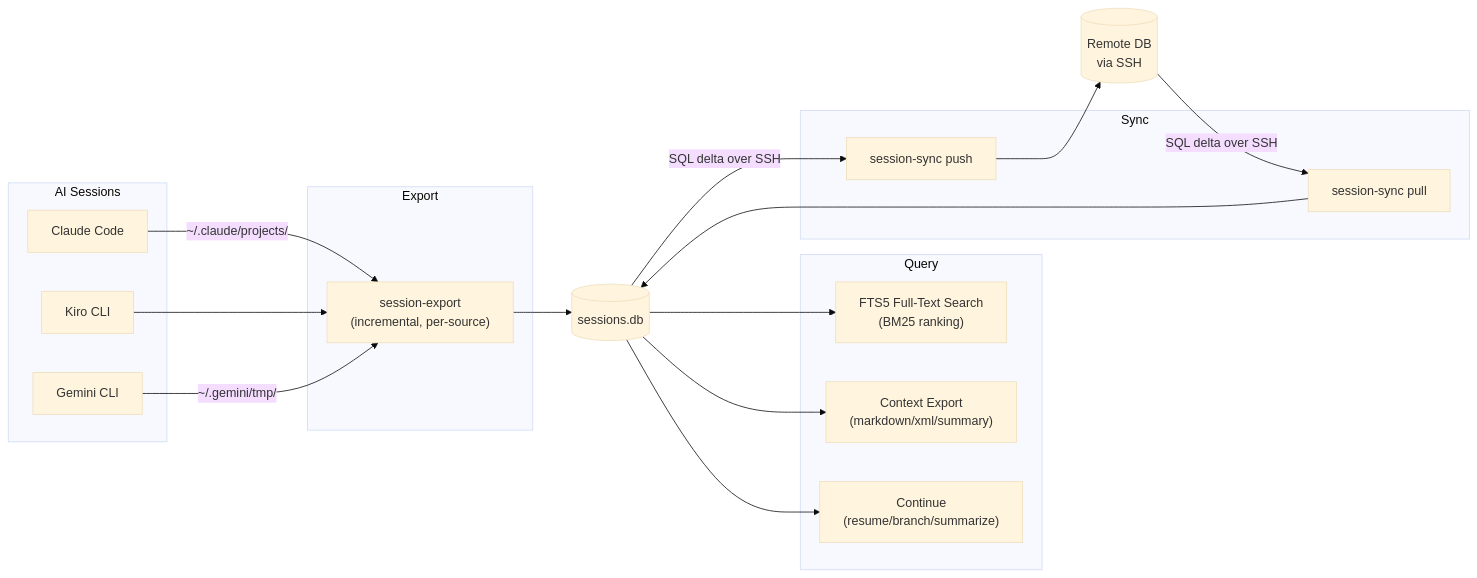
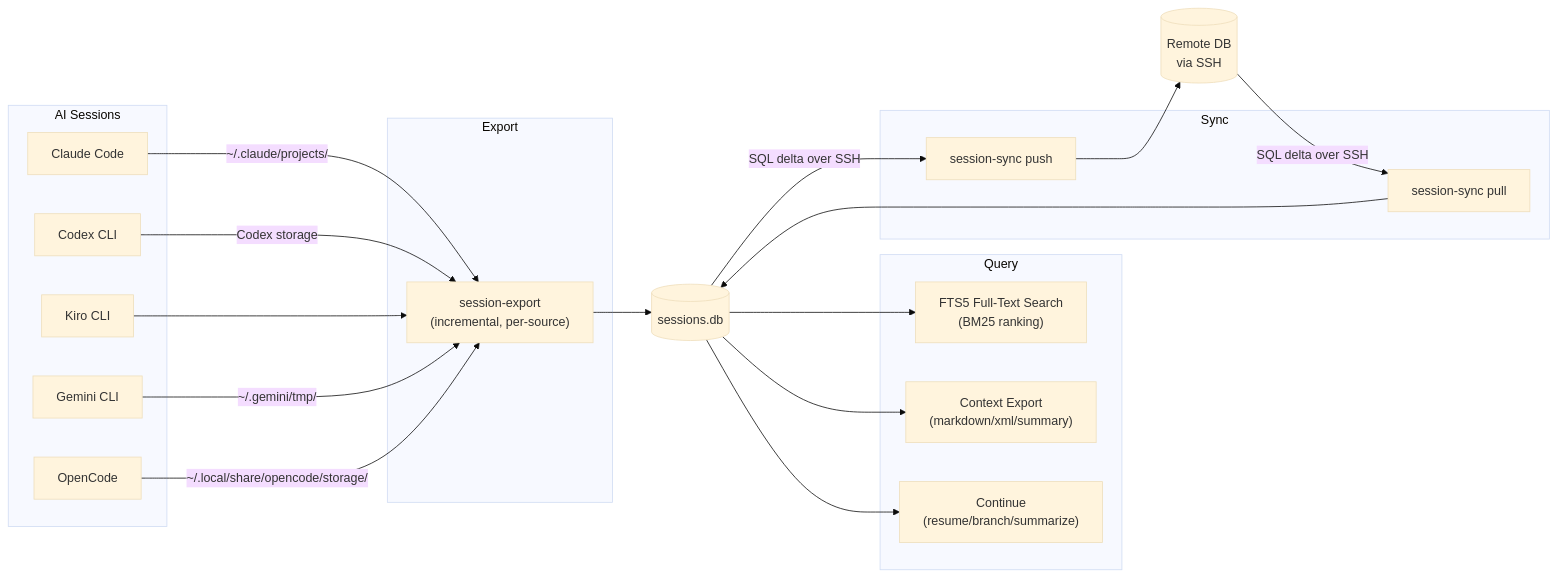
Before and after one commit to NetDevAutomate/StudyLoop: the fifth of 9 diagrams in docs/system-overview.md, drawn with Mermaid (base theme). The commit also changed other lines of this file and 8 other files, not shown here.

Commit message:
docs: refresh architecture and release docs

````diff
--- a/docs/system-overview.md
+++ b/docs/system-overview.md
@@ -260,38 +262,42 @@
 ```mermaid
 flowchart LR
     subgraph "AI Sessions"
         CC["Claude Code"]
+        CX["Codex CLI"]
         KI["Kiro CLI"]
         GE["Gemini CLI"]
+        OC["OpenCode"]
     end
 
     subgraph "Export"
         EX["session-export<br/>(incremental, per-source)"]
     end
 
     subgraph "Query"
         FTS["FTS5 Full-Text Search<br/>(BM25 ranking)"]
         CTX["Context Export<br/>(markdown/xml/summary)"]
         CONT["Continue<br/>(resume/branch/summarize)"]
     end
 
     subgraph "Sync"
         PUSH["session-sync push"]
         PULL["session-sync pull"]
     end
 
     DB[(sessions.db)]
     REMOTE[(Remote DB<br/>via SSH)]
 
     CC -->|"~/.claude/projects/"| EX
+    CX -->|"Codex storage"| EX
     KI --> EX
     GE -->|"~/.gemini/tmp/"| EX
+    OC -->|"~/.local/share/opencode/storage/"| EX
     EX --> DB
 
     DB --> FTS
     DB --> CTX
     DB --> CONT
 
     DB -->|"SQL delta over SSH"| PUSH --> REMOTE
     REMOTE -->|"SQL delta over SSH"| PULL --> DB
 ```
````
